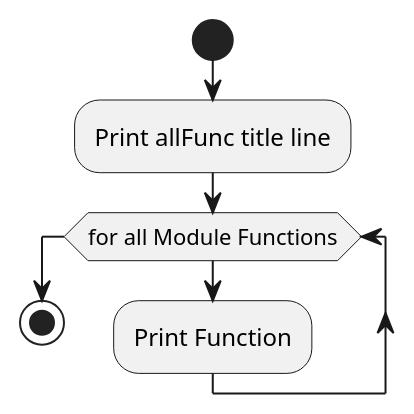
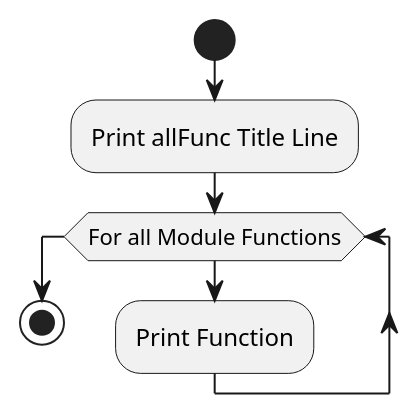
The diagram in src/main/javadoc/edu/gatech/gtri/obm/translator/alloy/doc-files/AlloyUtils_printAllFunc.puml (ontological-behavior-modeling/nist-obm-translator), drawn with PlantUML before and after one commit. The commit also changed 46 other files, not shown here.

```diff
--- a/src/main/javadoc/edu/gatech/gtri/obm/translator/alloy/doc-files/AlloyUtils_printAllFunc.puml
+++ b/src/main/javadoc/edu/gatech/gtri/obm/translator/alloy/doc-files/AlloyUtils_printAllFunc.puml
@@ -1,8 +1,8 @@
 @startuml
 start
-:Print allFunc title line;
-while(for all Module Functions)
+:Print allFunc Title Line;
+while(For all Module Functions)
 :Print Function;
 endwhile
 stop
 @enduml
```
